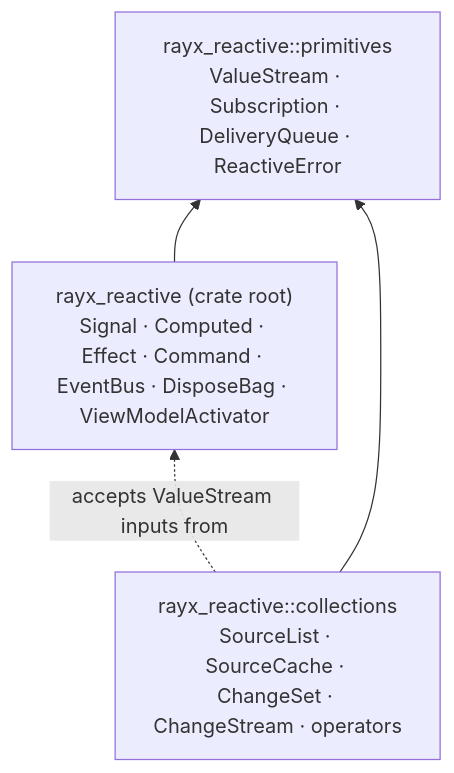
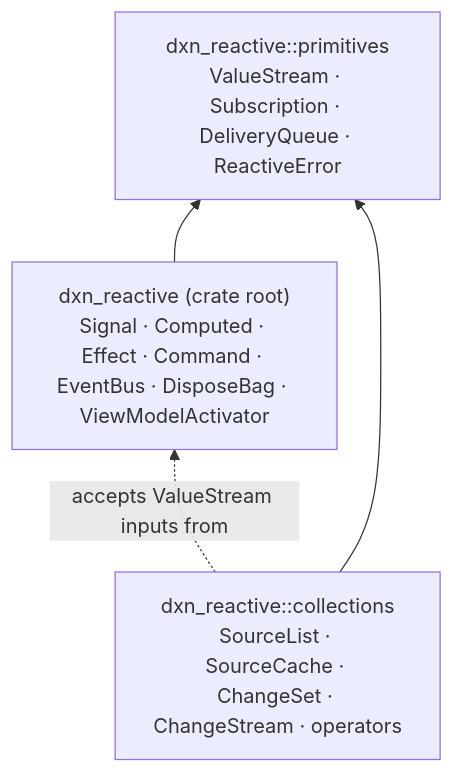
Before and after one commit to dXnSix/dXn.Reactive: the diagram in docs/01-introduction.md, drawn with Mermaid. The commit also changed other lines of this file and 77 other files, not shown here.

First line of the commit message:
feat(repository): rename the crate to dxn_reactive

````diff
--- a/docs/01-introduction.md
+++ b/docs/01-introduction.md
@@ -34,9 +34,9 @@
 ```mermaid
 flowchart BT
-    P["rayx_reactive::primitives<br/>ValueStream · Subscription · DeliveryQueue · ReactiveError"]
-    S["rayx_reactive (crate root)<br/>Signal · Computed · Effect · Command · EventBus · DisposeBag · ViewModelActivator"]
-    C["rayx_reactive::collections<br/>SourceList · SourceCache · ChangeSet · ChangeStream · operators"]
+    P["dxn_reactive::primitives<br/>ValueStream · Subscription · DeliveryQueue · ReactiveError"]
+    S["dxn_reactive (crate root)<br/>Signal · Computed · Effect · Command · EventBus · DisposeBag · ViewModelActivator"]
+    C["dxn_reactive::collections<br/>SourceList · SourceCache · ChangeSet · ChangeStream · operators"]
     S --> P
     C --> P
     C -. "accepts ValueStream inputs from" .-> S
 ```
````
